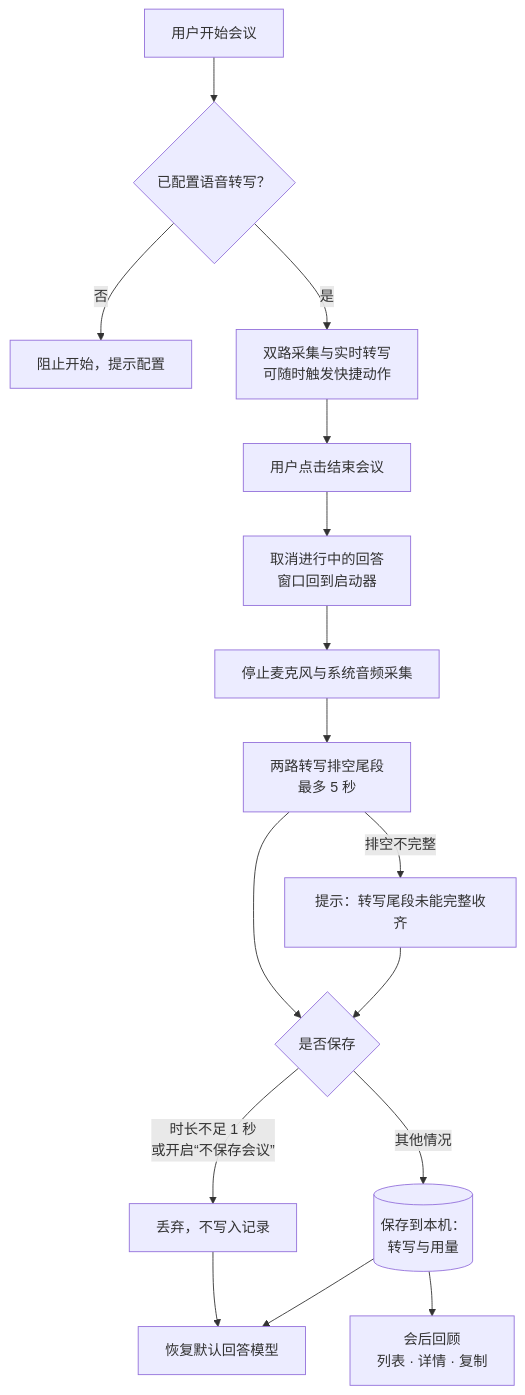
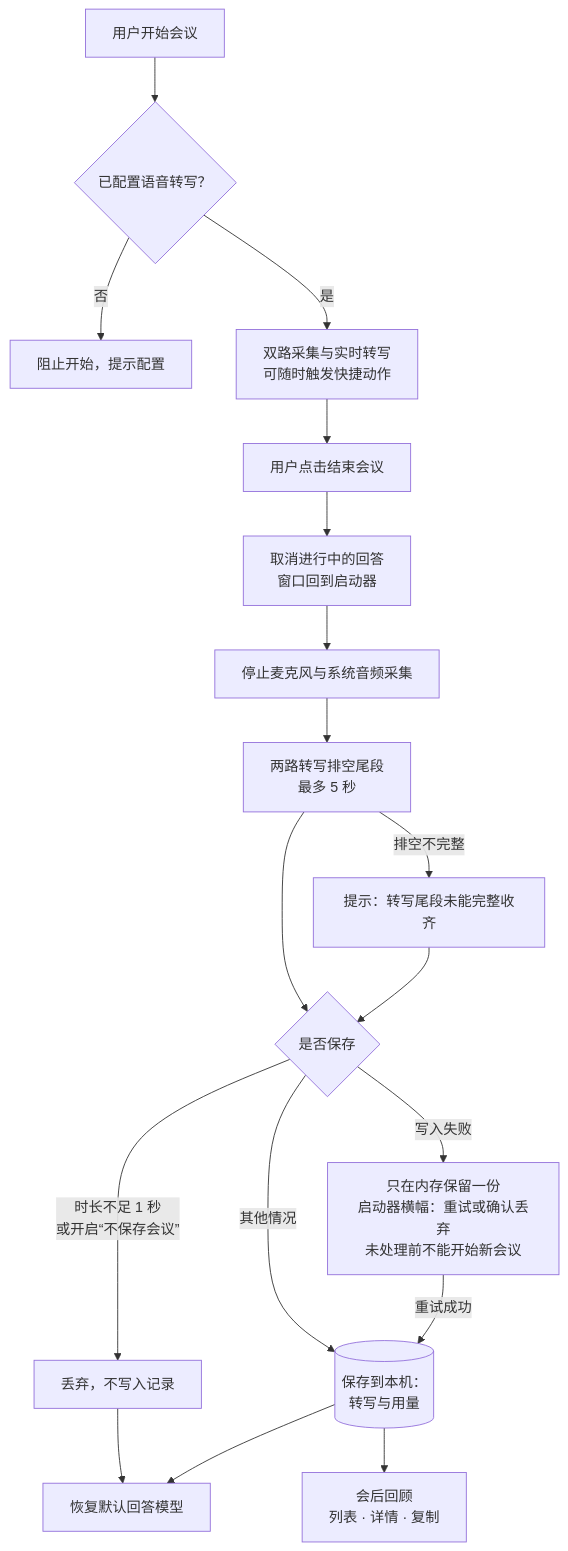
One commit to xbz123/margin changed the fourth of 4 diagrams in docs/product.md. Above: the diagram before and after it, drawn with Mermaid. The commit also changed other lines of this file and 23 other files, not shown here.

````diff
--- a/docs/product.md
+++ b/docs/product.md
@@ -339,18 +340,20 @@
 ```mermaid
 flowchart TD
   S["用户开始会议"] --> Q{"已配置语音转写？"}
   Q -- "否" --> B["阻止开始，提示配置"]
   Q -- "是" --> L["双路采集与实时转写<br/>可随时触发快捷动作"]
   L --> E["用户点击结束会议"]
   E --> C1["取消进行中的回答<br/>窗口回到启动器"]
   C1 --> C2["停止麦克风与系统音频采集"]
   C2 --> D["两路转写排空尾段<br/>最多 5 秒"]
   D -- "排空不完整" --> W["提示：转写尾段未能完整收齐"]
   D --> J{"是否保存"}
   W --> J
   J -- "时长不足 1 秒<br/>或开启“不保存会议”" --> Z["丢弃，不写入记录"]
   J -- "其他情况" --> SAVE[("保存到本机：<br/>转写与用量")]
+  J -- "写入失败" --> P["只在内存保留一份<br/>启动器横幅：重试或确认丢弃<br/>未处理前不能开始新会议"]
+  P -- "重试成功" --> SAVE
   SAVE --> R["会后回顾<br/>列表 · 详情 · 复制"]
   Z --> M["恢复默认回答模型"]
   SAVE --> M
 ```
````
